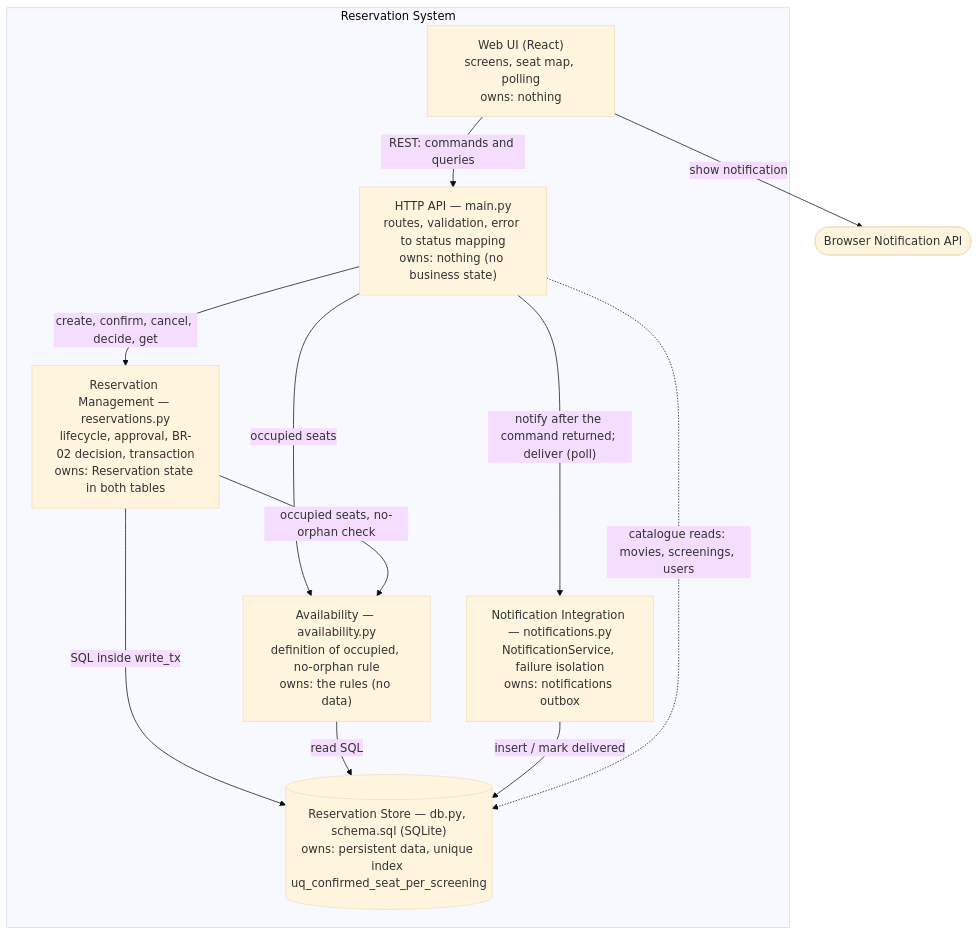
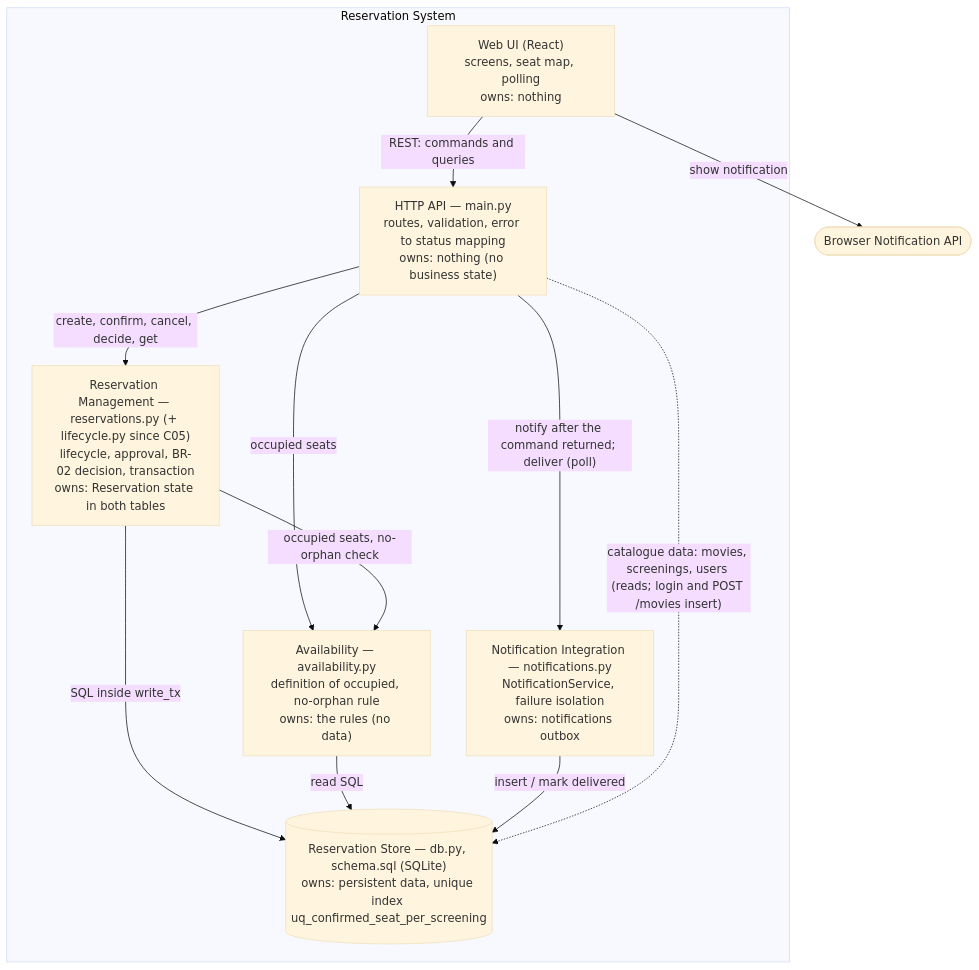
The third of 6 diagrams in docs/c03-architecture.md (SerpentSide/SWI_Projekt), drawn with Mermaid (base theme) before and after one commit. The commit also changed other lines of this file and 9 other files, not shown here.

````diff
--- a/docs/c03-architecture.md
+++ b/docs/c03-architecture.md
@@ -194,23 +194,23 @@
 ```mermaid
 flowchart TB
     subgraph rs [Reservation System]
         ui["Web UI (React)<br/>screens, seat map, polling<br/>owns: nothing"]
         api["HTTP API — main.py<br/>routes, validation, error to status mapping<br/>owns: nothing (no business state)"]
-        rm["Reservation Management — reservations.py<br/>lifecycle, approval, BR-02 decision, transaction<br/>owns: Reservation state in both tables"]
+        rm["Reservation Management — reservations.py (+ lifecycle.py since C05)<br/>lifecycle, approval, BR-02 decision, transaction<br/>owns: Reservation state in both tables"]
         av["Availability — availability.py<br/>definition of occupied, no-orphan rule<br/>owns: the rules (no data)"]
         ni["Notification Integration — notifications.py<br/>NotificationService, failure isolation<br/>owns: notifications outbox"]
         store[("Reservation Store — db.py, schema.sql (SQLite)<br/>owns: persistent data, unique index uq_confirmed_seat_per_screening")]
     end
     napi([Browser Notification API])
 
     ui -- "REST: commands and queries" --> api
     ui -- "show notification" --> napi
     api -- "create, confirm, cancel, decide, get" --> rm
     api -- "occupied seats" --> av
     api -- "notify after the command returned; deliver (poll)" --> ni
     rm -- "occupied seats, no-orphan check" --> av
     rm -- "SQL inside write_tx" --> store
     av -- "read SQL" --> store
     ni -- "insert / mark delivered" --> store
-    api -. "catalogue reads: movies, screenings, users" .-> store
+    api -. "catalogue data: movies, screenings, users (reads; login and POST /movies insert)" .-> store
 ```
````
